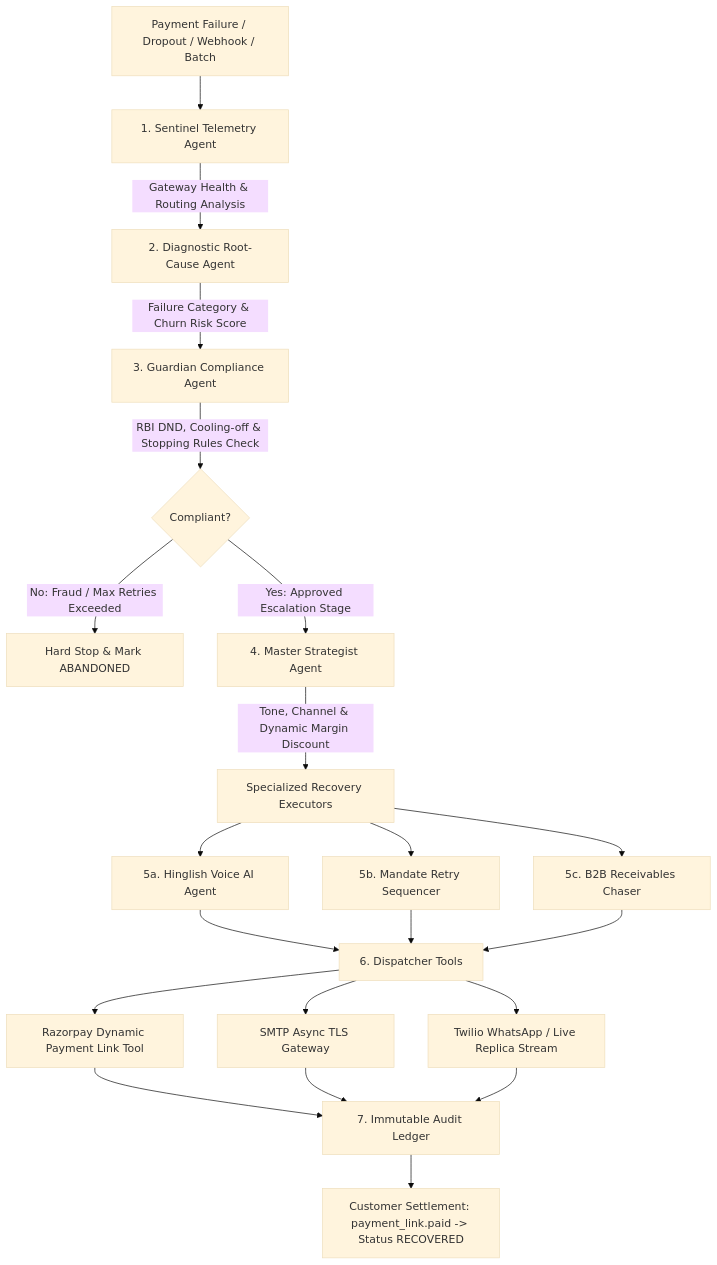
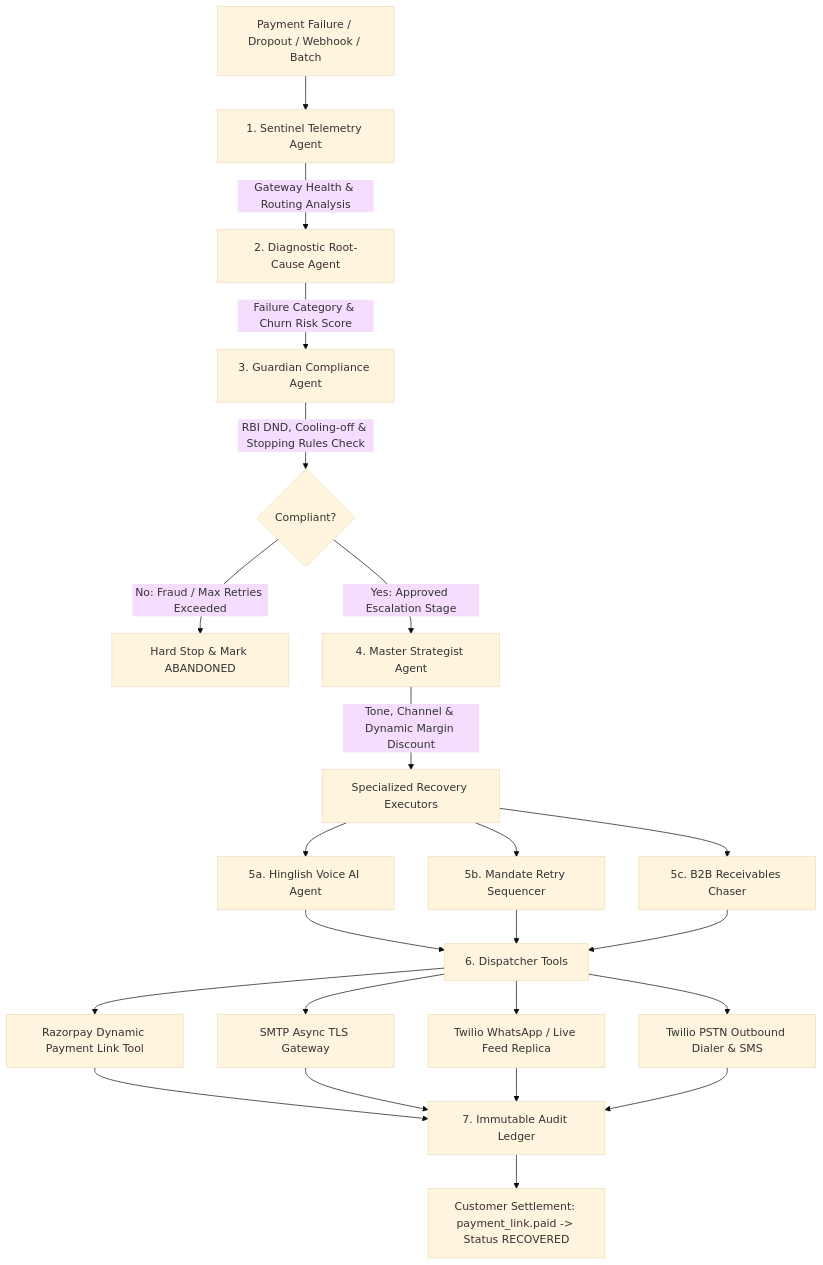
Before and after one commit to dakshshah2099/Shark-Recovery: the diagram in README.md, drawn with Mermaid (base theme). The commit also changed other lines of this file, not shown here.

Commit message:
docs(readme): update architecture, voice ai modes, and finops tooling

````diff
--- a/README.md
+++ b/README.md
@@ -32,28 +32,30 @@
 ```mermaid
 graph TD
     A[Payment Failure / Dropout / Webhook / Batch] --> B[1. Sentinel Telemetry Agent]
     B -->|Gateway Health & Routing Analysis| C[2. Diagnostic Root-Cause Agent]
     C -->|Failure Category & Churn Risk Score| D[3. Guardian Compliance Agent]
     D -->|RBI DND, Cooling-off & Stopping Rules Check| E{Compliant?}
     E -->|No: Fraud / Max Retries Exceeded| F[Hard Stop & Mark ABANDONED]
     E -->|Yes: Approved Escalation Stage| G[4. Master Strategist Agent]
     G -->|Tone, Channel & Dynamic Margin Discount| H[Specialized Recovery Executors]
     
     H --> H1[5a. Hinglish Voice AI Agent]
     H --> H2[5b. Mandate Retry Sequencer]
     H --> H3[5c. B2B Receivables Chaser]
     
     H1 --> I[6. Dispatcher Tools]
     H2 --> I
     H3 --> I
     
     I --> I1[Razorpay Dynamic Payment Link Tool]
     I --> I2[SMTP Async TLS Gateway]
-    I --> I3[Twilio WhatsApp / Live Replica Stream]
+    I --> I3[Twilio WhatsApp / Live Feed Replica]
+    I --> I4[Twilio PSTN Outbound Dialer & SMS]
     
     I1 --> J[7. Immutable Audit Ledger]
     I2 --> J
     I3 --> J
+    I4 --> J
     
     J --> K[Customer Settlement: payment_link.paid -> Status RECOVERED]
 ```
````
